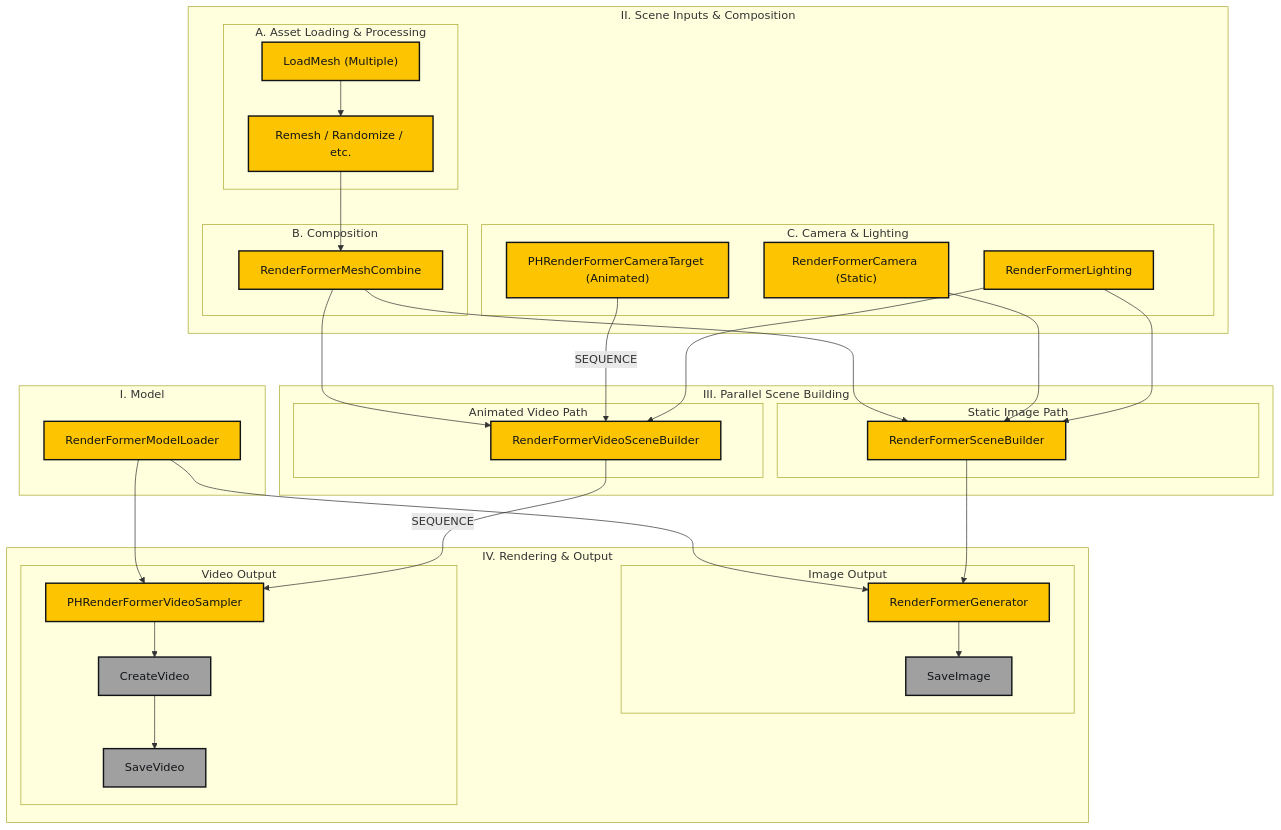
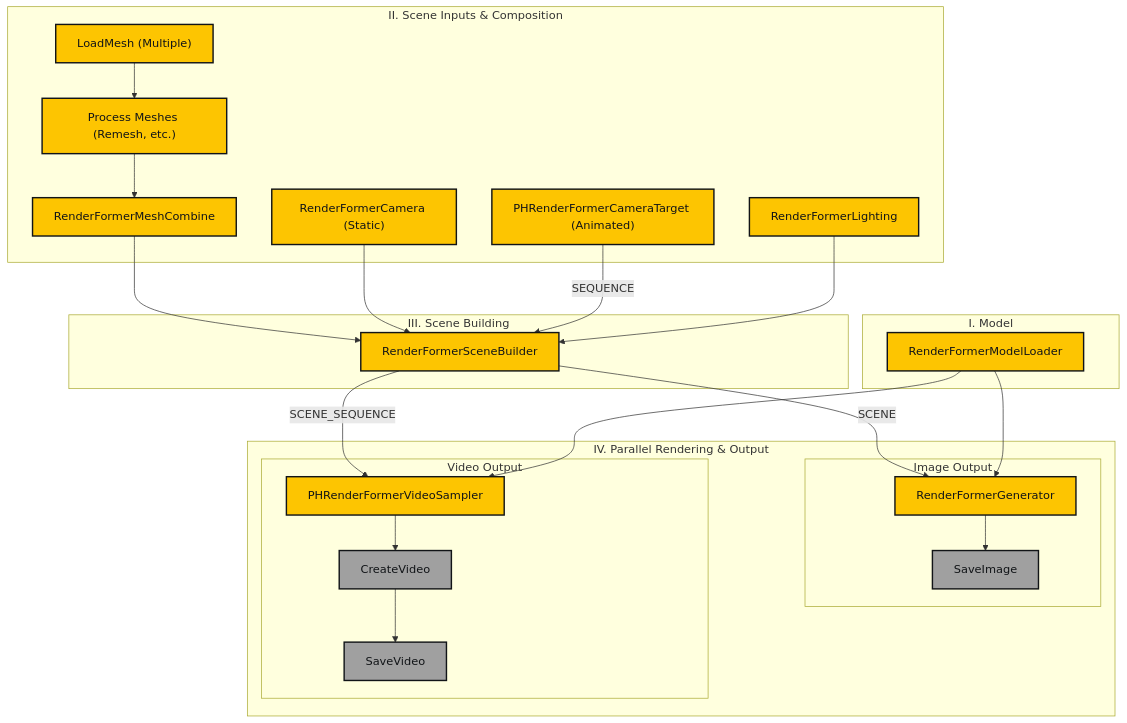
Before and after one commit to paulh4x/ComfyUI_PHRenderFormerWrapper: the second of 2 diagrams in README.md, drawn with Mermaid. The commit also changed other lines of this file and 1 other file, not shown here.

Commit message:
updated pyproject and readme

````diff
--- a/README.md
+++ b/README.md
@@ -135,65 +135,48 @@
 ```mermaid
 graph TD
     subgraph "I. Model"
         ModelLoader["RenderFormerModelLoader"]
     end
 
     subgraph "II. Scene Inputs & Composition"
-        subgraph "A. Asset Loading & Processing"
-            InputMeshes["LoadMesh (Multiple)"] --> Process["Remesh / Randomize / etc."]
-        end
-        
-        subgraph "B. Composition"
-            Process --> MeshCombine["RenderFormerMeshCombine"]
-        end
-
-        subgraph "C. Camera & Lighting"
-            Camera["RenderFormerCamera (Static)"]
-            CameraAnim["PHRenderFormerCameraTarget (Animated)"]
-            Lighting["RenderFormerLighting"]
-        end
+        InputMeshes["LoadMesh (Multiple)"] --> Process["Process Meshes (Remesh, etc.)"] --> MeshCombine["RenderFormerMeshCombine"]
+        Camera["RenderFormerCamera (Static)"]
+        CameraAnim["PHRenderFormerCameraTarget (Animated)"]
+        Lighting["RenderFormerLighting"]
     end
 
-    subgraph "III. Parallel Scene Building"
-        subgraph "Static Image Path"
-            MeshCombine --> ImgSceneBuilder["RenderFormerSceneBuilder"]
-            Camera --> ImgSceneBuilder
-            Lighting --> ImgSceneBuilder
-        end
-
-        subgraph "Animated Video Path"
-            MeshCombine --> VidSceneBuilder["RenderFormerVideoSceneBuilder"]
-            CameraAnim -- SEQUENCE --> VidSceneBuilder
-            Lighting --> VidSceneBuilder
-        end
+    subgraph "III. Scene Building"
+        MeshCombine --> SceneBuilder["RenderFormerSceneBuilder"]
+        Camera --> SceneBuilder
+        CameraAnim -- SEQUENCE --> SceneBuilder
+        Lighting --> SceneBuilder
     end
 
-    subgraph "IV. Rendering & Output"
+    subgraph "IV. Parallel Rendering & Output"
         subgraph "Image Output"
-            ModelLoader --> ImgGenerator["RenderFormerGenerator"]
-            ImgSceneBuilder --> ImgGenerator
+            SceneBuilder -- SCENE --> ImgGenerator["RenderFormerGenerator"]
+            ModelLoader --> ImgGenerator
             ImgGenerator --> SaveImg["SaveImage"]
         end
 
         subgraph "Video Output"
-            ModelLoader --> VidSampler["PHRenderFormerVideoSampler"]
-            VidSceneBuilder -- SEQUENCE --> VidSampler
+            SceneBuilder -- SCENE_SEQUENCE --> VidSampler["PHRenderFormerVideoSampler"]
+            ModelLoader --> VidSampler
             VidSampler --> CreateVid["CreateVideo"] --> SaveVid["SaveVideo"]
         end
     end
 
     style ModelLoader fill:#FDC501,stroke:#111417,stroke-width:2px,color:#111417
     style InputMeshes fill:#FDC501,stroke:#111417,stroke-width:2px,color:#111417
     style Process fill:#FDC501,stroke:#111417,stroke-width:2px,color:#111417
     style MeshCombine fill:#FDC501,stroke:#111417,stroke-width:2px,color:#111417
     style Camera fill:#FDC501,stroke:#111417,stroke-width:2px,color:#111417
     style CameraAnim fill:#FDC501,stroke:#111417,stroke-width:2px,color:#111417
     style Lighting fill:#FDC501,stroke:#111417,stroke-width:2px,color:#111417
-    style ImgSceneBuilder fill:#FDC501,stroke:#111417,stroke-width:2px,color:#111417
-    style VidSceneBuilder fill:#FDC501,stroke:#111417,stroke-width:2px,color:#111417
+    style SceneBuilder fill:#FDC501,stroke:#111417,stroke-width:2px,color:#111417
     style ImgGenerator fill:#FDC501,stroke:#111417,stroke-width:2px,color:#111417
     style VidSampler fill:#FDC501,stroke:#111417,stroke-width:2px,color:#111417
     style SaveImg fill:#a0a0a0,stroke:#111417,stroke-width:2px,color:#111417
     style CreateVid fill:#a0a0a0,stroke:#111417,stroke-width:2px,color:#111417
     style SaveVid fill:#a0a0a0,stroke:#111417,stroke-width:2px,color:#111417
 ```
````
